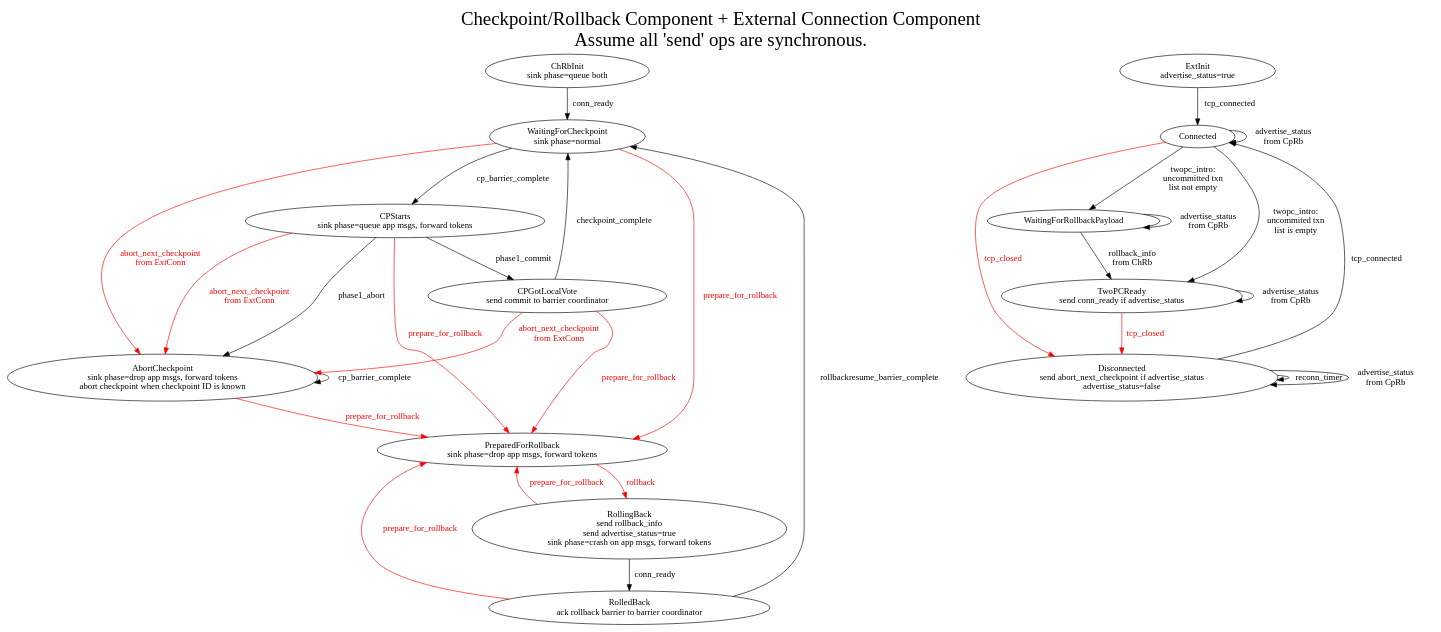
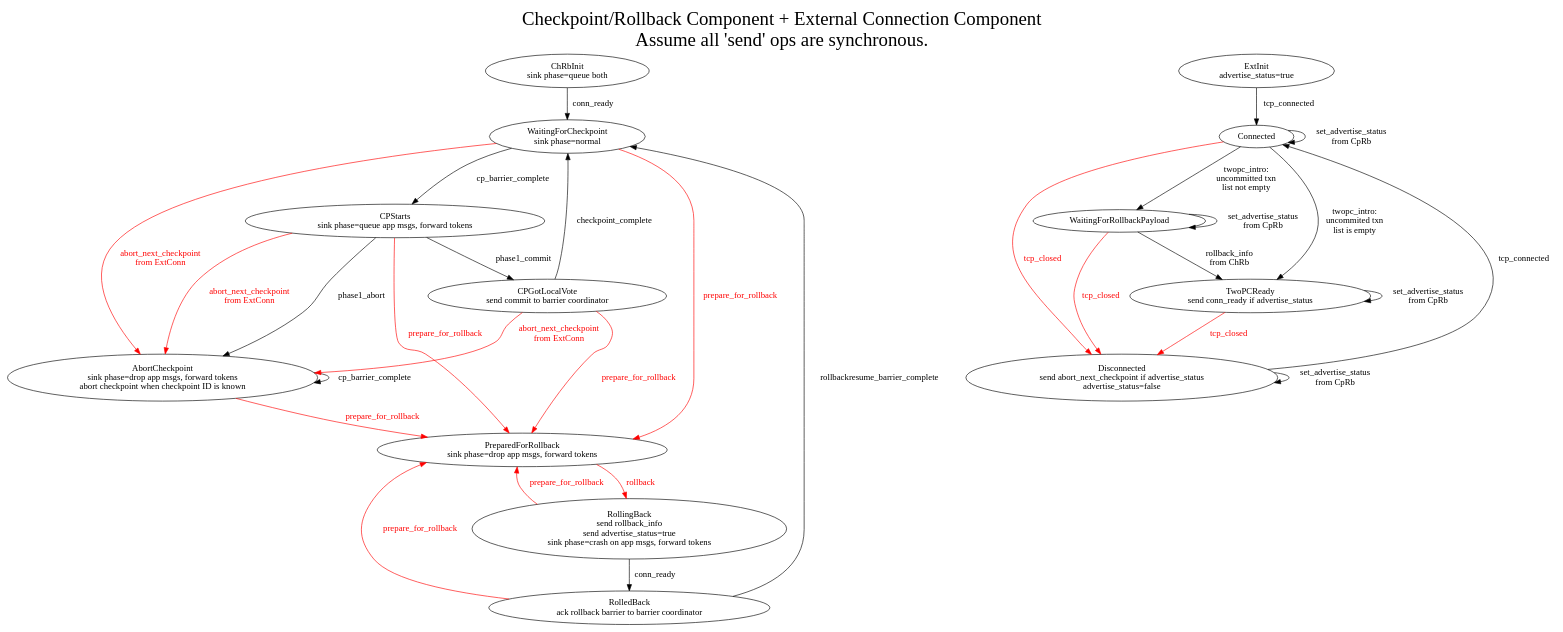
One commit to WallarooLabs/wally changed the diagram in lib/wallaroo/core/sink/connector_sink/connector-sink-2pc-management.dot. Above: the diagram before and after it, drawn with Graphviz. The commit also changed 2 other files, not shown here.

Commit message:
WIP: _ExtConnConnected: reconnect after sink crash works, but new sink connection sends data with gap (temp bug)

```diff
--- a/lib/wallaroo/core/sink/connector_sink/connector-sink-2pc-management.dot
+++ b/lib/wallaroo/core/sink/connector_sink/connector-sink-2pc-management.dot
@@ -1,82 +1,81 @@
 digraph mashup {
     graph [label="Checkpoint/Rollback Component + External Connection Component\nAssume all 'send' ops are synchronous.",labelloc=t,fontsize=30];
 
     ## BEGIN LEFT
     subgraph checkpoint_rollback_component {
 	graph [label="SUB Checkpoint/Rollback Component",labelloc=t,fontsize=20];
 
 	// Subgraphs
 	subgraph init {
             ChRbInit [label="ChRbInit\nsink phase=queue both"];
 	}
 	subgraph cp {
             WaitingForCheckpoint [label="WaitingForCheckpoint\nsink phase=normal"];
             AbortCheckpoint [label="AbortCheckpoint\nsink phase=drop app msgs, forward tokens\nabort checkpoint when checkpoint ID is known"];
 	}
 	subgraph sacp {
             CPStarts [label="CPStarts\nsink phase=queue app msgs, forward tokens"];
             CPGotLocalVote [label="CPGotLocalVote\nsend commit to barrier coordinator"];
             // CPGotGlobalVote; // Can we remove this node?
 
                                     CPStarts -> CPGotLocalVote [label="phase1_commit"];
             CPStarts -> AbortCheckpoint [label="phase1_abort"];
             CPGotLocalVote -> WaitingForCheckpoint [label="checkpoint_complete"];
 	}
 	subgraph rollback {
             PreparedForRollback [label="PreparedForRollback\nsink phase=drop app msgs, forward tokens"];
             RollingBack [label="RollingBack\nsend rollback_info\nsend advertise_status=true\nsink phase=crash on app msgs, forward tokens"];
             RolledBack [label="RolledBack\nack rollback barrier to barrier coordinator"];
 
             PreparedForRollback -> RollingBack [label="rollback",fontcolor=red,color=red];
 	}
 
 	// Other Edges
 	ChRbInit -> WaitingForCheckpoint [label="conn_ready"];
 
 	WaitingForCheckpoint -> CPStarts [label="cp_barrier_complete"];
 	AbortCheckpoint -> AbortCheckpoint [label="cp_barrier_complete"];
 
 	WaitingForCheckpoint -> PreparedForRollback [label="prepare_for_rollback",fontcolor=red,color=red];
 	AbortCheckpoint -> PreparedForRollback [label="prepare_for_rollback",fontcolor=red,color=red];
 	CPStarts -> PreparedForRollback [label="prepare_for_rollback",fontcolor=red,color=red];
 	CPGotLocalVote -> PreparedForRollback [label="prepare_for_rollback",fontcolor=red,color=red];
 
 	WaitingForCheckpoint -> AbortCheckpoint [label="abort_next_checkpoint\nfrom ExtConn",fontcolor=red,color=red];
 	CPStarts -> AbortCheckpoint [label="abort_next_checkpoint\nfrom ExtConn",fontcolor=red,color=red];
 	CPGotLocalVote -> AbortCheckpoint [label="abort_next_checkpoint\nfrom ExtConn",fontcolor=red,color=red];
 
 	RollingBack -> RolledBack [label="conn_ready"];
 	RollingBack -> PreparedForRollback [label="prepare_for_rollback",fontcolor=red,color=red];
 
 	RolledBack -> WaitingForCheckpoint [label="rollbackresume_barrier_complete"];
 	RolledBack -> PreparedForRollback [label="prepare_for_rollback",fontcolor=red,color=red];
     }
     ## END LEFT
 
     ## BEGIN RIGHT
     subgraph external_connection_component {
         graph [label="External Connection Component",labelloc=t,fontsize=30];
 
         ExtInit [label="ExtInit\nadvertise_status=true"];
-        ## ExtInit -> ExtInit [label="reconn_timer"];
         ExtInit -> Connected [label="tcp_connected"];
         Connected -> Disconnected [label="tcp_closed",fontcolor=red,color=red];
-        Connected -> Connected [label="advertise_status\nfrom CpRb"];
+        Connected -> Connected [label="set_advertise_status\nfrom CpRb"];
         Disconnected [label="Disconnected\nsend abort_next_checkpoint if advertise_status\nadvertise_status=false"];
         Disconnected -> Connected [label="tcp_connected"];
-        Disconnected -> Disconnected [label="reconn_timer"];
-        Disconnected -> Disconnected [label="advertise_status\nfrom CpRb"];
+        Disconnected -> Disconnected [label="set_advertise_status\nfrom CpRb"];
         Connected -> WaitingForRollbackPayload [label="twopc_intro:\nuncommitted txn\nlist not empty"];
         Connected -> TwoPCReady [label="twopc_intro:\nuncommited txn\nlist is empty"];
         WaitingForRollbackPayload -> TwoPCReady [label="rollback_info\nfrom ChRb"];
-        WaitingForRollbackPayload -> WaitingForRollbackPayload [label="advertise_status\nfrom CpRb"];
+        WaitingForRollbackPayload -> WaitingForRollbackPayload [label="set_advertise_status\nfrom CpRb"];
+        WaitingForRollbackPayload -> Disconnected [label="tcp_closed",fontcolor=red,color=red];
 
         TwoPCReady [label="TwoPCReady\nsend conn_ready if advertise_status"]
         TwoPCReady -> Disconnected [label="tcp_closed",fontcolor=red,color=red];
-        TwoPCReady -> TwoPCReady [label="advertise_status\nfrom CpRb"]
+        TwoPCReady -> TwoPCReady [label="set_advertise_status\nfrom CpRb"]
     }
     # END RIGHT
 
     {rank=same; ChRbInit; ExtInit; };
     ## {rank=same; Disconnected; RollingBack; ; };
 }
```
